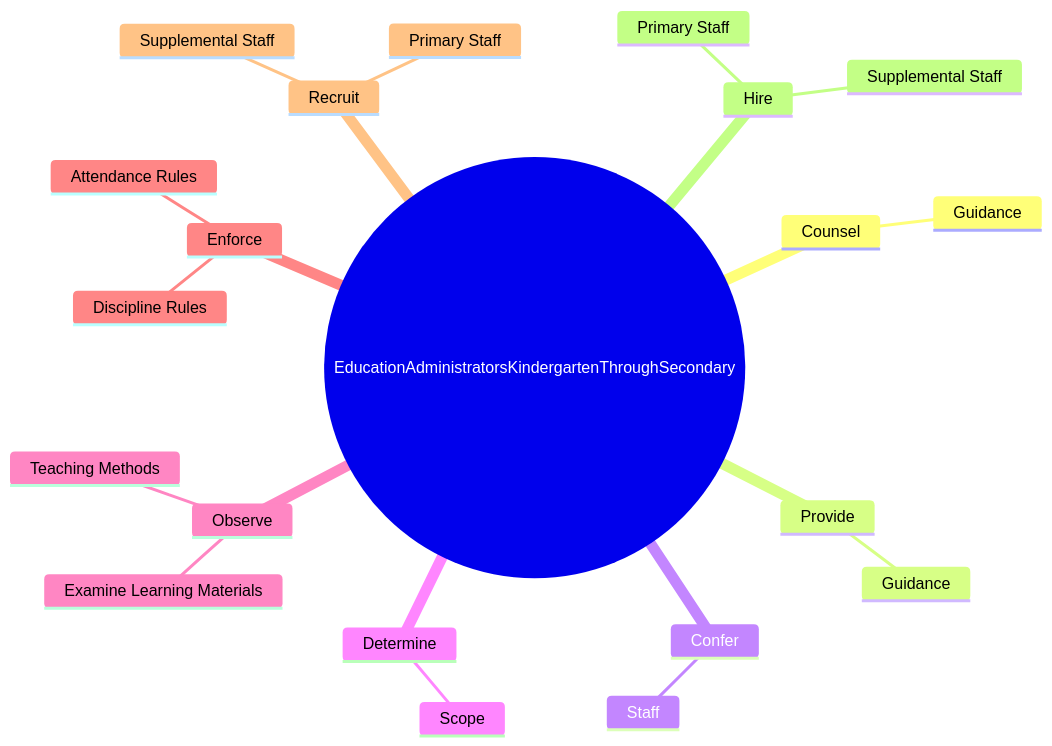
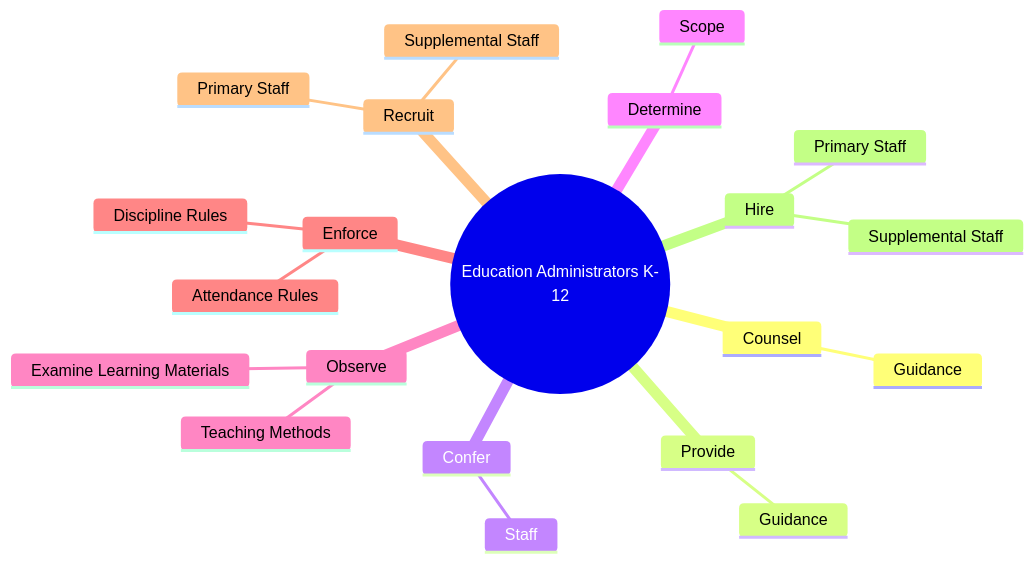
The second of 4 diagrams in occupations/Management/EducationAdministratorsKindergartenThroughSecondary.mdx (kziemski/business.org.ai), drawn with Mermaid before and after one commit. The commit also changed other lines of this file and 938 other files, not shown here.

````diff
--- a/occupations/Management/EducationAdministratorsKindergartenThroughSecondary.mdx
+++ b/occupations/Management/EducationAdministratorsKindergartenThroughSecondary.mdx
@@ -37,24 +45,24 @@
 ```mermaid
 mindmap
-    root(("EducationAdministratorsKindergartenThroughSecondary"))
+    root(("Education Administrators K-12"))
         Counsel
             Guidance
         Provide
             Guidance
         Confer
             Staff
         Determine
             Scope
         Observe
             Teaching Methods
             Examine Learning Materials
         Enforce
             Discipline Rules
             Attendance Rules
         Recruit
             Primary Staff
             Supplemental Staff
         Hire
             Primary Staff
             Supplemental Staff
 ```
````
